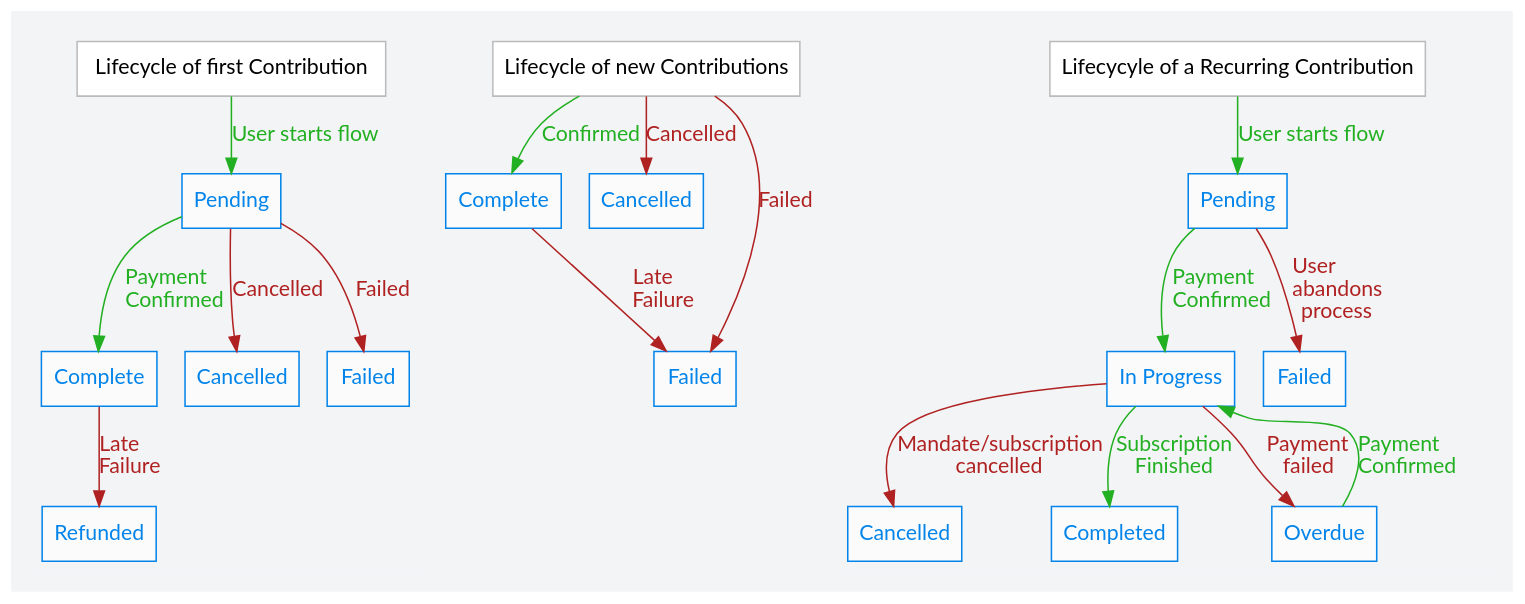
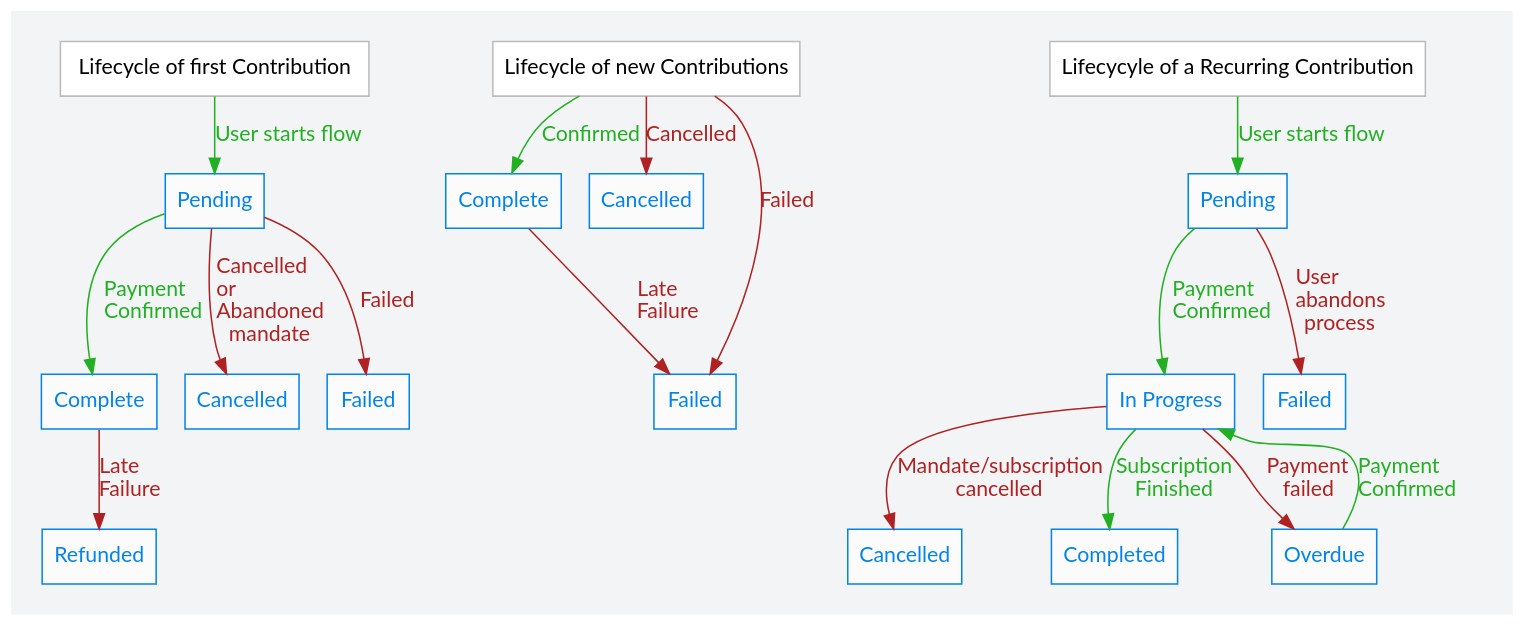
The diagram in doc/lifecycle.dot (artfulrobot/uk.artfulrobot.civicrm.gocardless), drawn with Graphviz before and after one commit. The commit also changed 1 other file, not shown here.

Commit message:
update documentation diagram

```diff
--- a/doc/lifecycle.dot
+++ b/doc/lifecycle.dot
@@ -1,57 +1,57 @@
 digraph A {
   # fffdf3 dawn
   # fef4f6 eggshell
   graph [fontname="Lato", bgcolor="#f3f4f6", ]
   node [fontname="Lato", shape=rectangle, style="filled", fillcolor="#fbfbfb"]
   edge [fontname="Lato"]
 
 
   subgraph cluster_a {
     color="#f3f4f6"
     start [label=" Lifecycle of first Contribution ",  style="filled", fillcolor="#ffffff", color="#ffffff", color="#bbbbbb"]
     statusPending [label="Pending" color="#0284ea", fontcolor="#0284ea"]
     statusComplete [label="Complete" color="#0284ea", fontcolor="#0284ea"]
     statusCancelled [label="Cancelled" color="#0284ea", fontcolor="#0284ea"]
     statusFailed [label="Failed" color="#0284ea", fontcolor="#0284ea"]
     statusRefunded [label="Refunded" color="#0284ea", fontcolor="#0284ea"]
 
     start -> statusPending [label="User starts flow", color="#22b022", fontcolor="#22b022"]
     statusPending -> statusComplete [label="Payment\lConfirmed", color="#22b022", fontcolor="#22b022"]
     statusComplete -> statusRefunded [label="Late\lFailure", color="#b02222", fontcolor="#b02222"]
-    statusPending -> statusCancelled [label="Cancelled", color="#b02222", fontcolor="#b02222"]
+    statusPending -> statusCancelled [label="Cancelled\lor\lAbandoned\lmandate", color="#b02222", fontcolor="#b02222"]
     statusPending -> statusFailed [label="Failed", color="#b02222", fontcolor="#b02222"]
   }
 
   subgraph cluster_c {
     color="#f3f4f6"
     startNew [label="Lifecycle of new Contributions", style="filled", fillcolor="#ffffff", color="#ffffff", color="#bbbbbb"]
     statusNewComplete [label="Complete" color="#0284ea", fontcolor="#0284ea"]
     statusNewCancelled [label="Cancelled" color="#0284ea", fontcolor="#0284ea"]
     statusNewFailed [label="Failed" color="#0284ea", fontcolor="#0284ea"]
 
     startNew -> statusNewComplete [label="Confirmed", color="#22b022", fontcolor="#22b022"]
     startNew -> statusNewFailed [label="Failed", color="#b02222", fontcolor="#b02222"]
     startNew -> statusNewCancelled [label="Cancelled", color="#b02222", fontcolor="#b02222"]
     statusNewComplete -> statusNewFailed [label="Late\lFailure", color="#b02222", fontcolor="#b02222"]
   }
 
   subgraph cluster_b {
     color="#f3f4f6"
     start2 [label="Lifecycyle of a Recurring Contribution", style="filled", fillcolor="#ffffff", color="#ffffff", color="#bbbbbb"]
     statusCrPending [label="Pending" color="#0284ea", fontcolor="#0284ea"]
     statusCrIP [label="In Progress" color="#0284ea", fontcolor="#0284ea"]
     statusCrCancelled [label="Cancelled" color="#0284ea", fontcolor="#0284ea"]
     statusCrFailed [label="Failed" color="#0284ea", fontcolor="#0284ea"]
     statusCrOverdue [label="Overdue" color="#0284ea", fontcolor="#0284ea"]
     statusCrCompleted [label="Completed" color="#0284ea", fontcolor="#0284ea"]
 
     start2 -> statusCrPending [label="User starts flow" , color="#22b022", fontcolor="#22b022"]
     statusCrPending -> statusCrIP [label="Payment\lConfirmed", color="#22b022", fontcolor="#22b022"]
     statusCrIP -> statusCrOverdue [label="Payment\lfailed", color="#b02222", fontcolor="#b02222"]
     statusCrOverdue -> statusCrIP [label="Payment\lConfirmed", color="#22b022", fontcolor="#22b022"]
     statusCrIP -> statusCrCancelled [label="Mandate/subscription\lcancelled", color="#b02222", fontcolor="#b02222"]
     statusCrIP -> statusCrCompleted [label="Subscription\l Finished" , color="#22b022", fontcolor="#22b022"]
     statusCrPending -> statusCrFailed [label="User\labandons\lprocess", color="#b02222", fontcolor="#b02222"]
 
   }
 }
```
